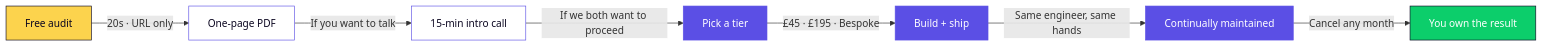
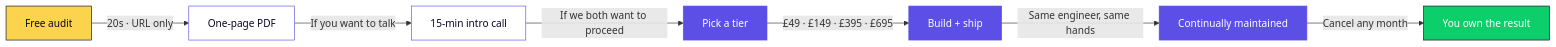
One commit to Ukwebmarketing/.github changed the diagram in profile/README.md. Above: the diagram before and after it, drawn with Mermaid. The commit also changed other lines of this file, not shown here.

````diff
--- a/profile/README.md
+++ b/profile/README.md
@@ -92,17 +101,17 @@
 ```mermaid
 flowchart LR
     A[Free audit] -->|20s · URL only| B[One-page PDF]
     B -->|If you want to talk| C[15-min intro call]
     C -->|If we both want to proceed| D[Pick a tier]
-    D -->|£45 · £195 · Bespoke| E[Build + ship]
+    D -->|£49 · £149 · £395 · £695| E[Build + ship]
     E -->|Same engineer, same hands| F[Continually maintained]
     F -->|Cancel any month| G[You own the result]
 
     style A fill:#fcd34d,stroke:#0b0620,color:#0b0620
     style B fill:#fff,stroke:#5b4fe5,color:#0b0620
     style C fill:#fff,stroke:#5b4fe5,color:#0b0620
     style D fill:#5b4fe5,stroke:#5b4fe5,color:#fff
     style E fill:#5b4fe5,stroke:#5b4fe5,color:#fff
     style F fill:#5b4fe5,stroke:#5b4fe5,color:#fff
     style G fill:#0cce6b,stroke:#0b0620,color:#fff
 ```
````
